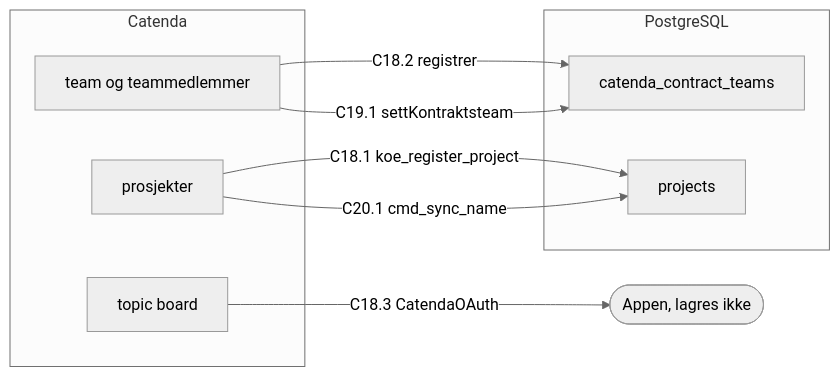
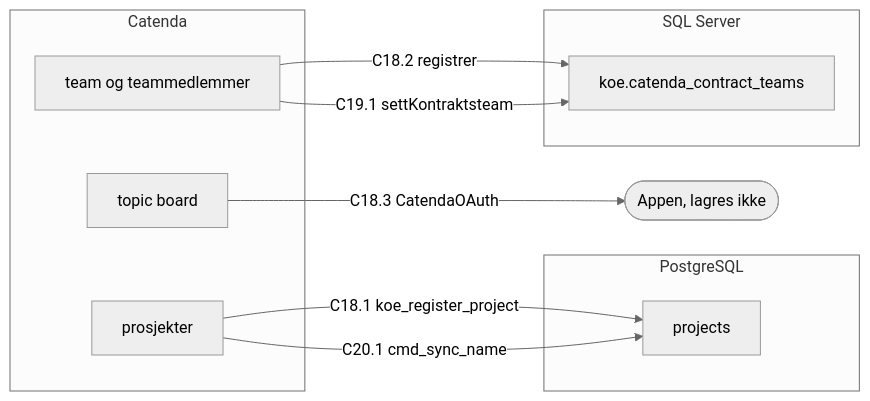
The sixth of 6 diagrams in docs/datamodell/relasjoner.md (khjohns/endringsmeldinger), drawn with Mermaid (neutral theme) before and after one commit. The commit also changed other lines of this file and 5 other files, not shown here.

````diff
--- a/docs/datamodell/relasjoner.md
+++ b/docs/datamodell/relasjoner.md
@@ -856,18 +856,20 @@
 ```mermaid
 flowchart LR
     subgraph g0["Catenda"]
         c_prosjekt["prosjekter"]
         c_team["team og teammedlemmer"]
         c_board["topic board"]
     end
     subgraph g1["PostgreSQL"]
-        t_catenda_contract_teams["catenda_contract_teams"]
         t_projects["projects"]
+    end
+    subgraph g3["SQL Server"]
+        t_koe_catenda_contract_teams["koe.catenda_contract_teams"]
     end
     t_appen(["Appen, lagres ikke"])
     c_prosjekt -->|"C18.1 koe_register_project"| t_projects
-    c_team -->|"C18.2 registrer"| t_catenda_contract_teams
+    c_team -->|"C18.2 registrer"| t_koe_catenda_contract_teams
     c_board -->|"C18.3 CatendaOAuth"| t_appen
-    c_team -->|"C19.1 settKontraktsteam"| t_catenda_contract_teams
+    c_team -->|"C19.1 settKontraktsteam"| t_koe_catenda_contract_teams
     c_prosjekt -->|"C20.1 cmd_sync_name"| t_projects
 ```
````
